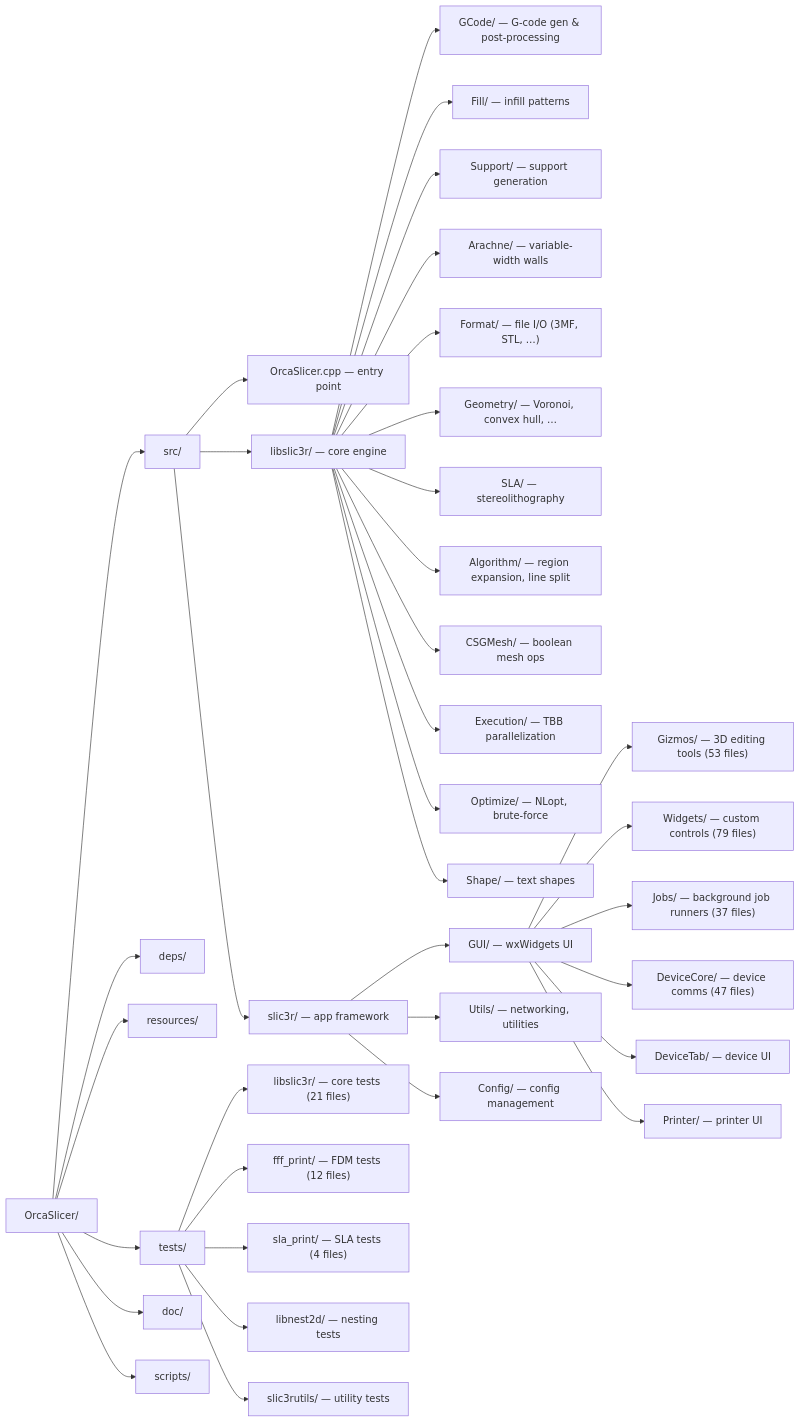
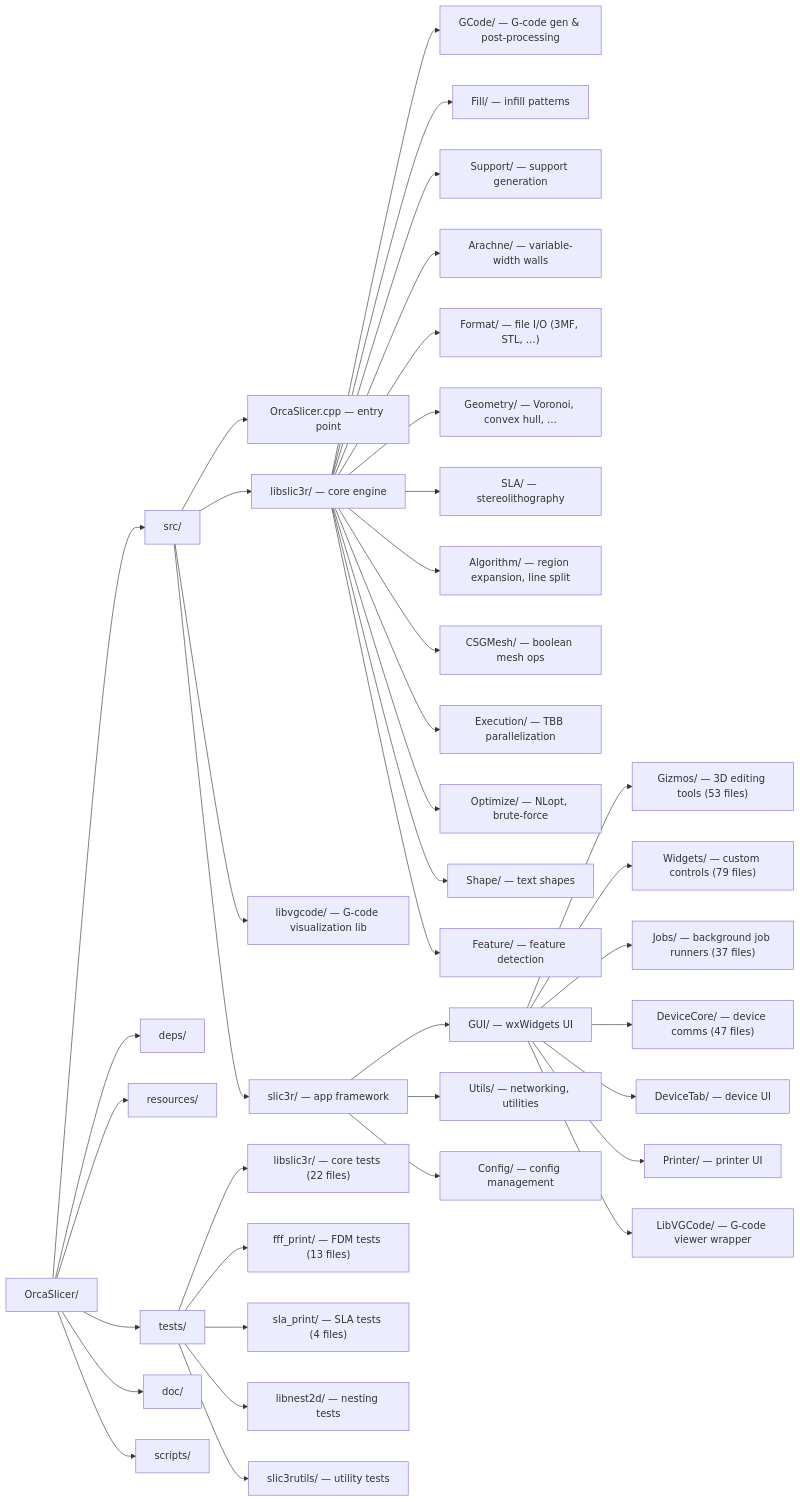
The second of 13 diagrams in doc/architecture.md (epatel/OrcaSlicer), drawn with Mermaid before and after one commit. The commit also changed other lines of this file, not shown here.

First line of the commit message:
Fix architecture.md accuracy after codebase verification

````diff
--- a/doc/architecture.md
+++ b/doc/architecture.md
@@ -76,45 +76,48 @@
 ```mermaid
 graph LR
   root["OrcaSlicer/"]
 
   root --> src["src/"]
   root --> deps["deps/"]
   root --> resources["resources/"]
   root --> tests["tests/"]
   root --> doc["doc/"]
   root --> scripts["scripts/"]
 
   src --> entry["OrcaSlicer.cpp — entry point"]
   src --> libslic3r["libslic3r/ — core engine"]
+  src --> libvgcode["libvgcode/ — G-code visualization lib"]
   src --> slic3r["slic3r/ — app framework"]
 
   libslic3r --> ls_gcode["GCode/ — G-code gen & post-processing"]
   libslic3r --> ls_fill["Fill/ — infill patterns"]
   libslic3r --> ls_support["Support/ — support generation"]
   libslic3r --> ls_arachne["Arachne/ — variable-width walls"]
   libslic3r --> ls_format["Format/ — file I/O (3MF, STL, …)"]
   libslic3r --> ls_geometry["Geometry/ — Voronoi, convex hull, …"]
   libslic3r --> ls_sla["SLA/ — stereolithography"]
   libslic3r --> ls_algo["Algorithm/ — region expansion, line split"]
   libslic3r --> ls_csg["CSGMesh/ — boolean mesh ops"]
   libslic3r --> ls_exec["Execution/ — TBB parallelization"]
   libslic3r --> ls_opt["Optimize/ — NLopt, brute-force"]
   libslic3r --> ls_shape["Shape/ — text shapes"]
+  libslic3r --> ls_feature["Feature/ — feature detection"]
 
   slic3r --> s_gui["GUI/ — wxWidgets UI"]
   slic3r --> s_utils["Utils/ — networking, utilities"]
   slic3r --> s_config["Config/ — config management"]
 
   s_gui --> sg_gizmos["Gizmos/ — 3D editing tools (53 files)"]
   s_gui --> sg_widgets["Widgets/ — custom controls (79 files)"]
   s_gui --> sg_jobs["Jobs/ — background job runners (37 files)"]
   s_gui --> sg_devcore["DeviceCore/ — device comms (47 files)"]
   s_gui --> sg_devtab["DeviceTab/ — device UI"]
   s_gui --> sg_printer["Printer/ — printer UI"]
+  s_gui --> sg_libvgcode["LibVGCode/ — G-code viewer wrapper"]
 
-  tests --> t_libslic3r["libslic3r/ — core tests (21 files)"]
-  tests --> t_fff["fff_print/ — FDM tests (12 files)"]
+  tests --> t_libslic3r["libslic3r/ — core tests (22 files)"]
+  tests --> t_fff["fff_print/ — FDM tests (13 files)"]
   tests --> t_sla["sla_print/ — SLA tests (4 files)"]
   tests --> t_nest["libnest2d/ — nesting tests"]
   tests --> t_utils["slic3rutils/ — utility tests"]
 ```
````
